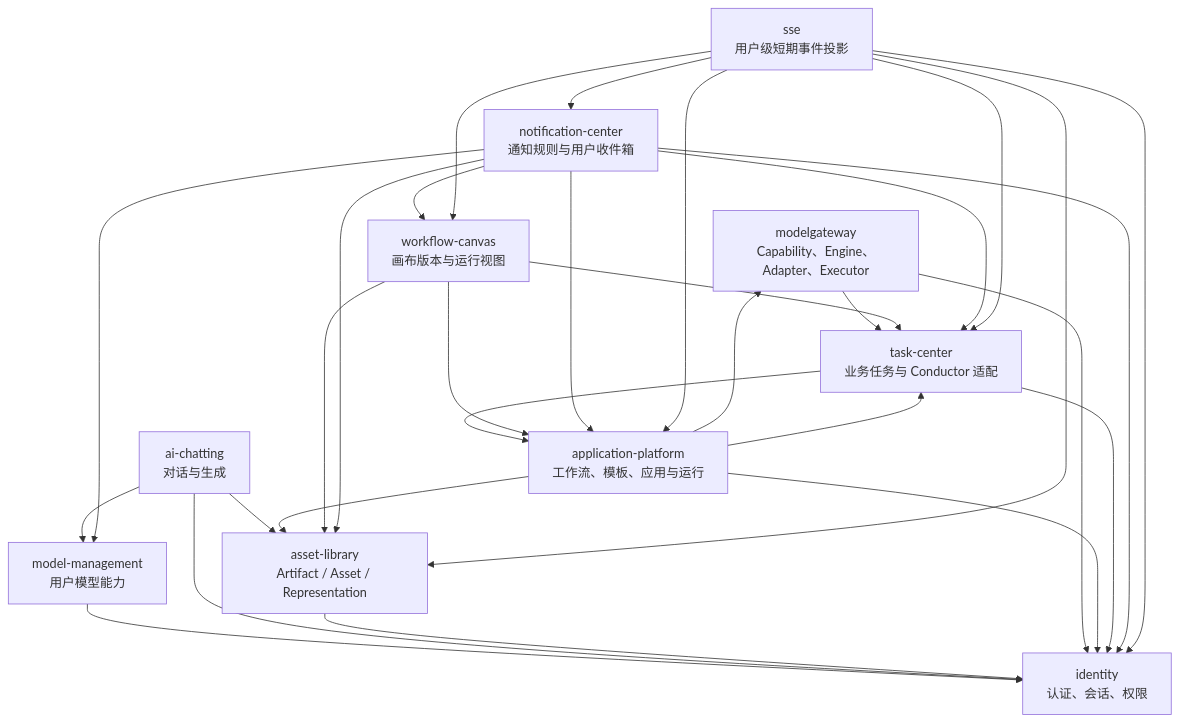
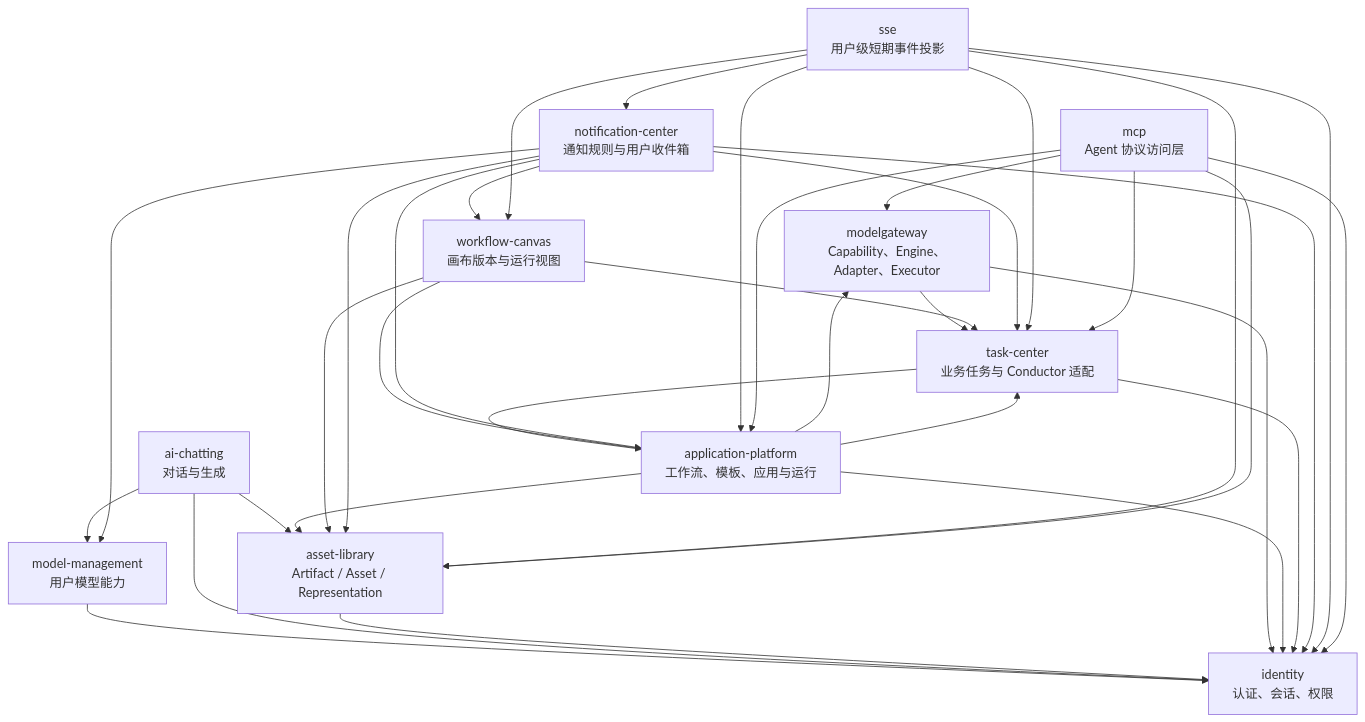
Before and after one commit to wangweihong/omnimam-spec: the first of 4 diagrams in 02_architecture/global-architecture.md, drawn with Mermaid. The commit also changed other lines of this file and 15 other files, not shown here.

````diff
--- a/02_architecture/global-architecture.md
+++ b/02_architecture/global-architecture.md
@@ -28,43 +29,49 @@
 ```mermaid
 graph TD
   Identity["identity<br/>认证、会话、权限"]
   Model["model-management<br/>用户模型能力"]
   Chat["ai-chatting<br/>对话与生成"]
   Asset["asset-library<br/>Artifact / Asset / Representation"]
   Gateway["modelgateway<br/>Capability、Engine、Adapter、Executor"]
   App["application-platform<br/>工作流、模板、应用与运行"]
   Task["task-center<br/>业务任务与 Conductor 适配"]
   Canvas["workflow-canvas<br/>画布版本与运行视图"]
   Notify["notification-center<br/>通知规则与用户收件箱"]
   SSE["sse<br/>用户级短期事件投影"]
+  MCP["mcp<br/>Agent 协议访问层"]
 
   Chat --> Model
   Chat --> Asset
   App --> Gateway
   App --> Task
   App --> Asset
   Gateway --> Task
   Task --> App
   Canvas --> Task
   Canvas --> App
   Canvas --> Asset
   Notify --> Task
   Notify --> App
   Notify --> Asset
   Notify --> Canvas
   Notify --> Model
   SSE --> Notify
   SSE --> Task
   SSE --> App
   SSE --> Asset
   SSE --> Canvas
+  MCP --> Gateway
+  MCP --> App
+  MCP --> Task
+  MCP --> Asset
 
   Model --> Identity
   Chat --> Identity
   Asset --> Identity
   Gateway --> Identity
   App --> Identity
   Task --> Identity
   Notify --> Identity
   SSE --> Identity
+  MCP --> Identity
 ```
````
